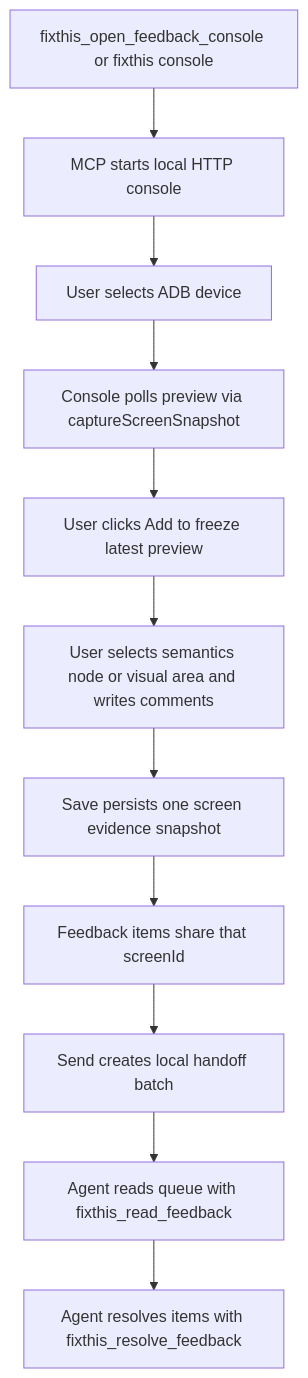
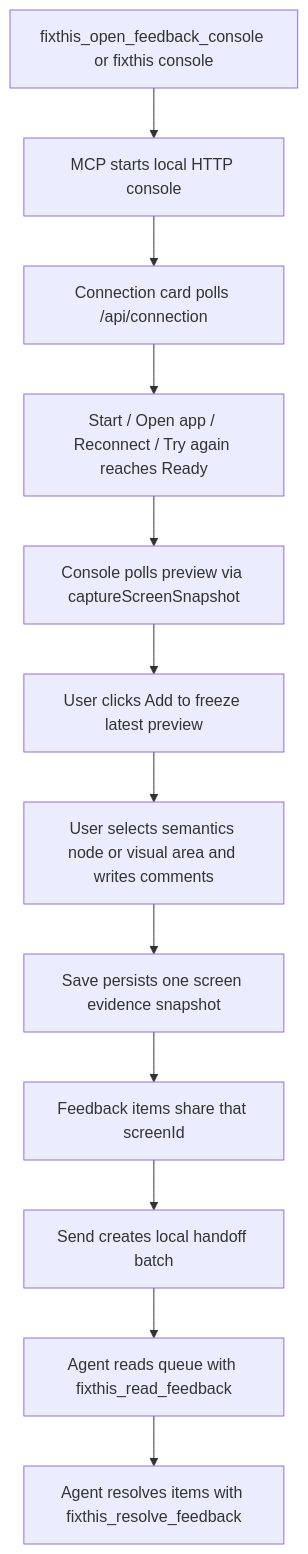
One commit to beyondwin/FixThis changed the second of 2 diagrams in docs/project-overview.md. Above: the diagram before and after it, drawn with Mermaid. The commit also changed other lines of this file and 9 other files, not shown here.

````diff
--- a/docs/project-overview.md
+++ b/docs/project-overview.md
@@ -168,13 +169,14 @@
 ```mermaid
 flowchart TD
     A["fixthis_open_feedback_console or fixthis console"] --> B["MCP starts local HTTP console"]
-    B --> C["User selects ADB device"]
-    C --> D["Console polls preview via captureScreenSnapshot"]
-    D --> E["User clicks Add to freeze latest preview"]
-    E --> F["User selects semantics node or visual area and writes comments"]
-    F --> G["Save persists one screen evidence snapshot"]
-    G --> H["Feedback items share that screenId"]
-    H --> I["Send creates local handoff batch"]
-    I --> J["Agent reads queue with fixthis_read_feedback"]
-    J --> K["Agent resolves items with fixthis_resolve_feedback"]
+    B --> C["Connection card polls /api/connection"]
+    C --> D["Start / Open app / Reconnect / Try again reaches Ready"]
+    D --> E["Console polls preview via captureScreenSnapshot"]
+    E --> F["User clicks Add to freeze latest preview"]
+    F --> G["User selects semantics node or visual area and writes comments"]
+    G --> H["Save persists one screen evidence snapshot"]
+    H --> I["Feedback items share that screenId"]
+    I --> J["Send creates local handoff batch"]
+    J --> K["Agent reads queue with fixthis_read_feedback"]
+    K --> L["Agent resolves items with fixthis_resolve_feedback"]
 ```
````
